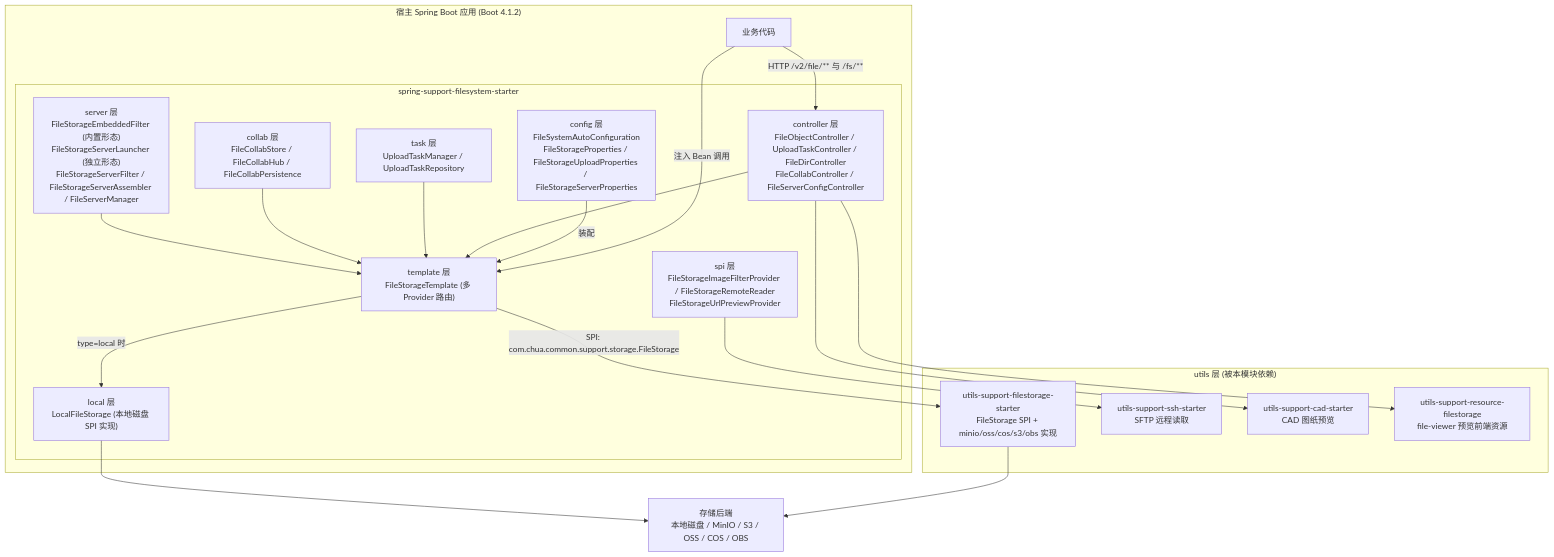
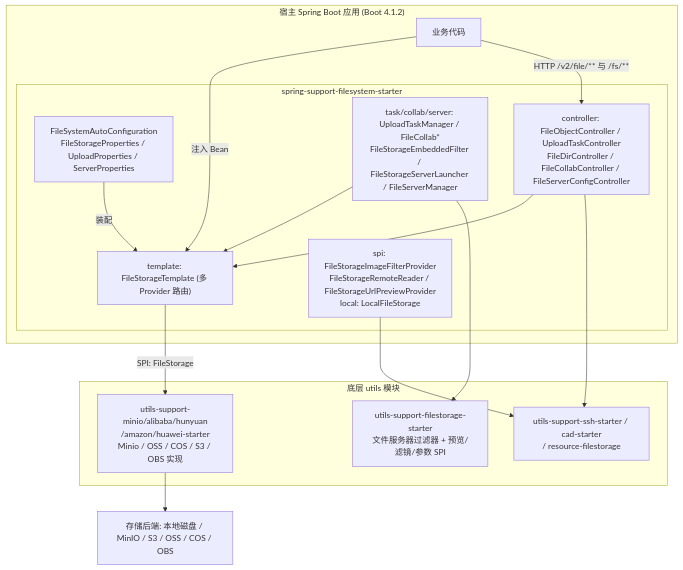
The first of 2 diagrams in spring-support-filesystem-starter/README.md (CHTK001/spring-support-parent-starter), drawn with Mermaid before and after one commit. The commit also changed other lines of this file and 54 other files, not shown here.

````diff
--- a/spring-support-filesystem-starter/README.md
+++ b/spring-support-filesystem-starter/README.md
@@ -11,37 +7,29 @@
 ```mermaid
 flowchart TB
     subgraph HOST["宿主 Spring Boot 应用 (Boot 4.1.2)"]
         APP["业务代码"]
         subgraph MOD["spring-support-filesystem-starter"]
-            CFG["config 层<br/>FileSystemAutoConfiguration<br/>FileStorageProperties / FileStorageUploadProperties / FileStorageServerProperties"]
-            TPL["template 层<br/>FileStorageTemplate (多 Provider 路由)"]
-            API["controller 层<br/>FileObjectController / UploadTaskController / FileDirController<br/>FileCollabController / FileServerConfigController"]
-            TASK["task 层<br/>UploadTaskManager / UploadTaskRepository"]
-            COLLAB["collab 层<br/>FileCollabStore / FileCollabHub / FileCollabPersistence"]
-            SRV["server 层<br/>FileStorageEmbeddedFilter (内置形态)<br/>FileStorageServerLauncher (独立形态)<br/>FileStorageServerFilter / FileStorageServerAssembler / FileServerManager"]
-            SPIF["spi 层<br/>FileStorageImageFilterProvider / FileStorageRemoteReader<br/>FileStorageUrlPreviewProvider"]
-            LOCAL["local 层<br/>LocalFileStorage (本地磁盘 SPI 实现)"]
+            CFG["FileSystemAutoConfiguration<br/>FileStorageProperties / UploadProperties / ServerProperties"]
+            TPL["template: FileStorageTemplate (多 Provider 路由)"]
+            API["controller: FileObjectController / UploadTaskController<br/>FileDirController / FileCollabController / FileServerConfigController"]
+            SVC["task/collab/server: UploadTaskManager / FileCollab*<br/>FileStorageEmbeddedFilter / FileStorageServerLauncher / FileServerManager"]
+            SPIF["spi: FileStorageImageFilterProvider<br/>FileStorageRemoteReader / FileStorageUrlPreviewProvider<br/>local: LocalFileStorage"]
         end
     end
-    subgraph UTILS["utils 层 (被本模块依赖)"]
-        FS["utils-support-filestorage-starter<br/>FileStorage SPI + minio/oss/cos/s3/obs 实现"]
-        SSH["utils-support-ssh-starter<br/>SFTP 远程读取"]
-        CAD["utils-support-cad-starter<br/>CAD 图纸预览"]
-        RES["utils-support-resource-filestorage<br/>file-viewer 预览前端资源"]
+    subgraph UTILS["底层 utils 模块"]
+        FS["utils-support-filestorage-starter<br/>文件服务器过滤器 + 预览/滤镜/参数 SPI"]
+        CLOUD["utils-support-minio/alibaba/hunyuan<br/>/amazon/huawei-starter<br/>Minio / OSS / COS / S3 / OBS 实现"]
+        AUX["utils-support-ssh-starter / cad-starter<br/>/ resource-filestorage"]
     end
-    BK["存储后端<br/>本地磁盘 / MinIO / S3 / OSS / COS / OBS"]
-    APP -->|"注入 Bean 调用"| TPL
-    APP -->|"HTTP /v2/file/** 与 /fs/**"| API
-    CFG -->|"装配"| TPL
+    BK["存储后端: 本地磁盘 / MinIO / S3 / OSS / COS / OBS"]
+    APP -->|注入 Bean| TPL
+    APP -->|HTTP /v2/file/** 与 /fs/**| API
+    CFG -->|装配| TPL
     API --> TPL
-    TASK --> TPL
-    COLLAB --> TPL
-    SRV --> TPL
-    TPL -->|"SPI: com.chua.common.support.storage.FileStorage"| FS
-    TPL -->|"type=local 时"| LOCAL
-    SPIF --> SSH
-    API --> CAD
-    API --> RES
-    FS --> BK
-    LOCAL --> BK
+    SVC --> TPL
+    TPL -->|SPI: FileStorage| CLOUD
+    SPIF --> AUX
+    SVC --> FS
+    API --> AUX
+    CLOUD --> BK
 ```
````
